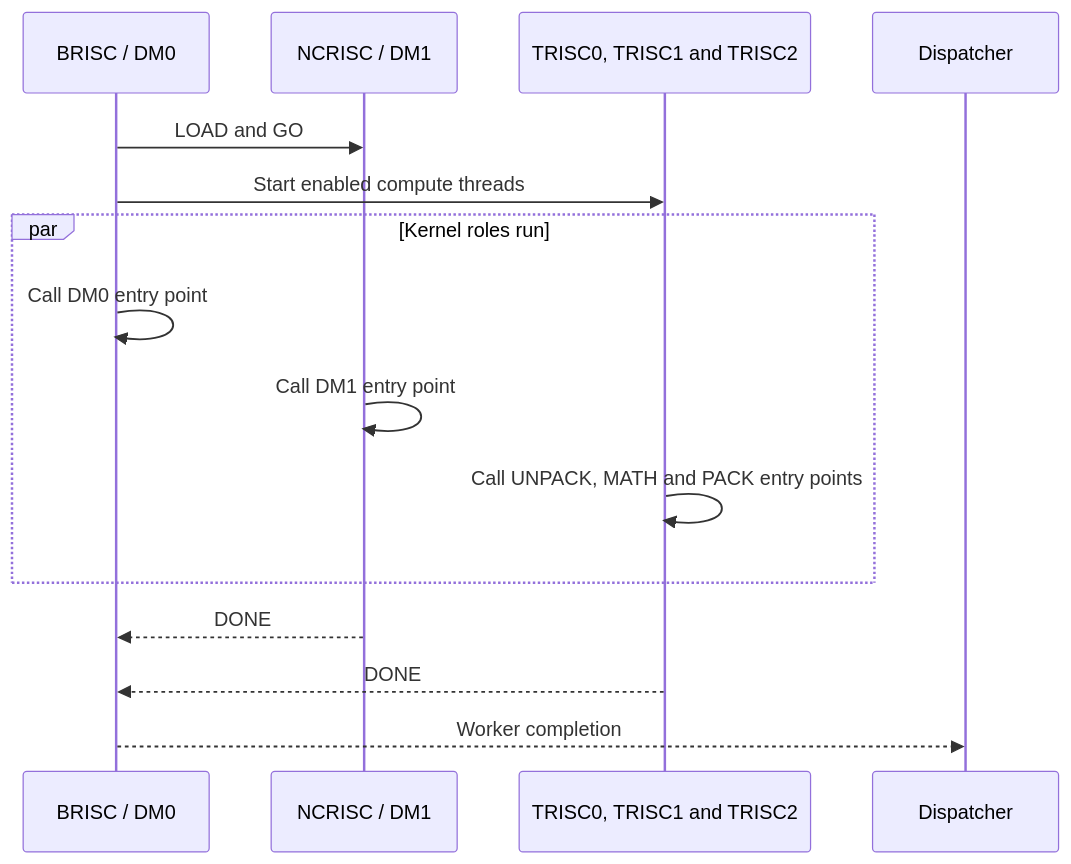
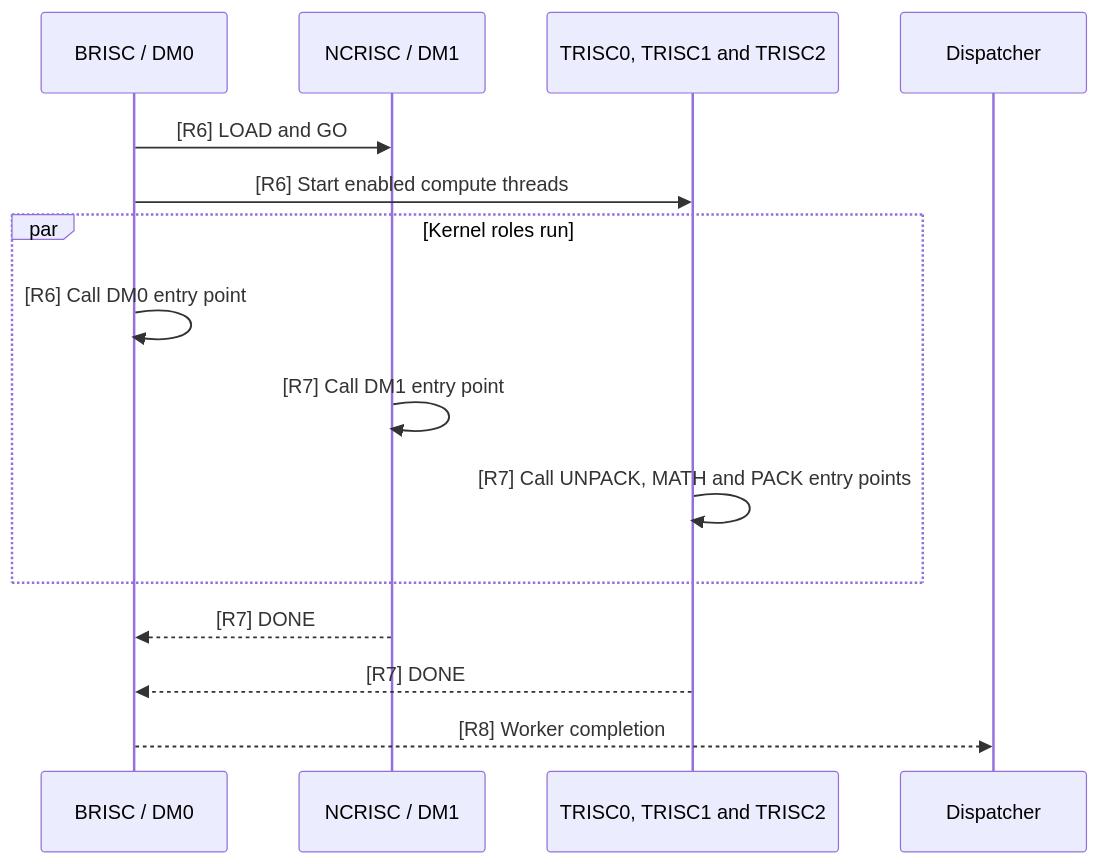
One commit to buicongnguyen/tt-sim changed the tenth of 13 diagrams in public/RISC_FIRMWARE_TO_KERNEL_FLOW.md. Above: the diagram before and after it, drawn with Mermaid. The commit also changed other lines of this file and 4 other files, not shown here.

Commit message:
Link firmware flow steps to source

````diff
--- a/public/RISC_FIRMWARE_TO_KERNEL_FLOW.md
+++ b/public/RISC_FIRMWARE_TO_KERNEL_FLOW.md
@@ -330,17 +359,17 @@
 ```mermaid
 sequenceDiagram
     participant BR as BRISC / DM0
     participant NC as NCRISC / DM1
     participant TR as TRISC0, TRISC1 and TRISC2
     participant D as Dispatcher
-    BR->>NC: LOAD and GO
-    BR->>TR: Start enabled compute threads
+    BR->>NC: [R6] LOAD and GO
+    BR->>TR: [R6] Start enabled compute threads
     par Kernel roles run
-        BR->>BR: Call DM0 entry point
-        NC->>NC: Call DM1 entry point
-        TR->>TR: Call UNPACK, MATH and PACK entry points
+        BR->>BR: [R6] Call DM0 entry point
+        NC->>NC: [R7] Call DM1 entry point
+        TR->>TR: [R7] Call UNPACK, MATH and PACK entry points
     end
-    NC-->>BR: DONE
-    TR-->>BR: DONE
-    BR-->>D: Worker completion
+    NC-->>BR: [R7] DONE
+    TR-->>BR: [R7] DONE
+    BR-->>D: [R8] Worker completion
 ```
````
